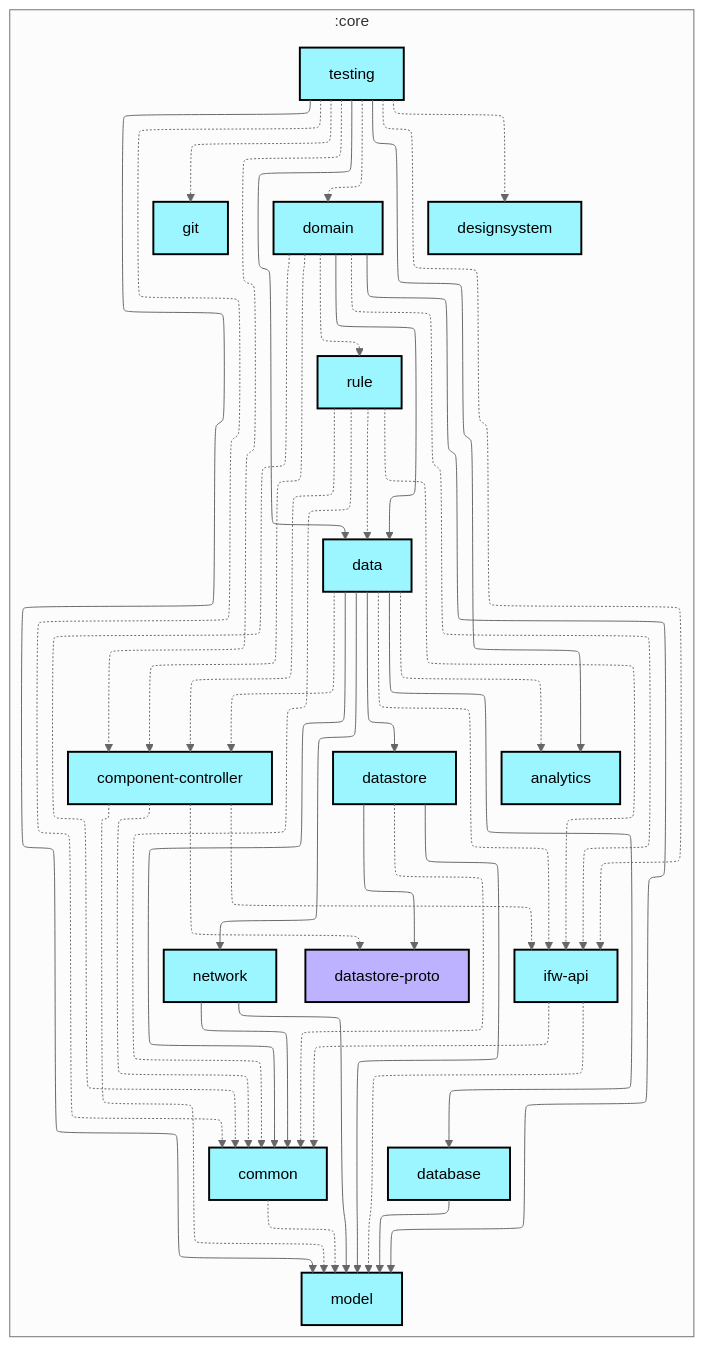
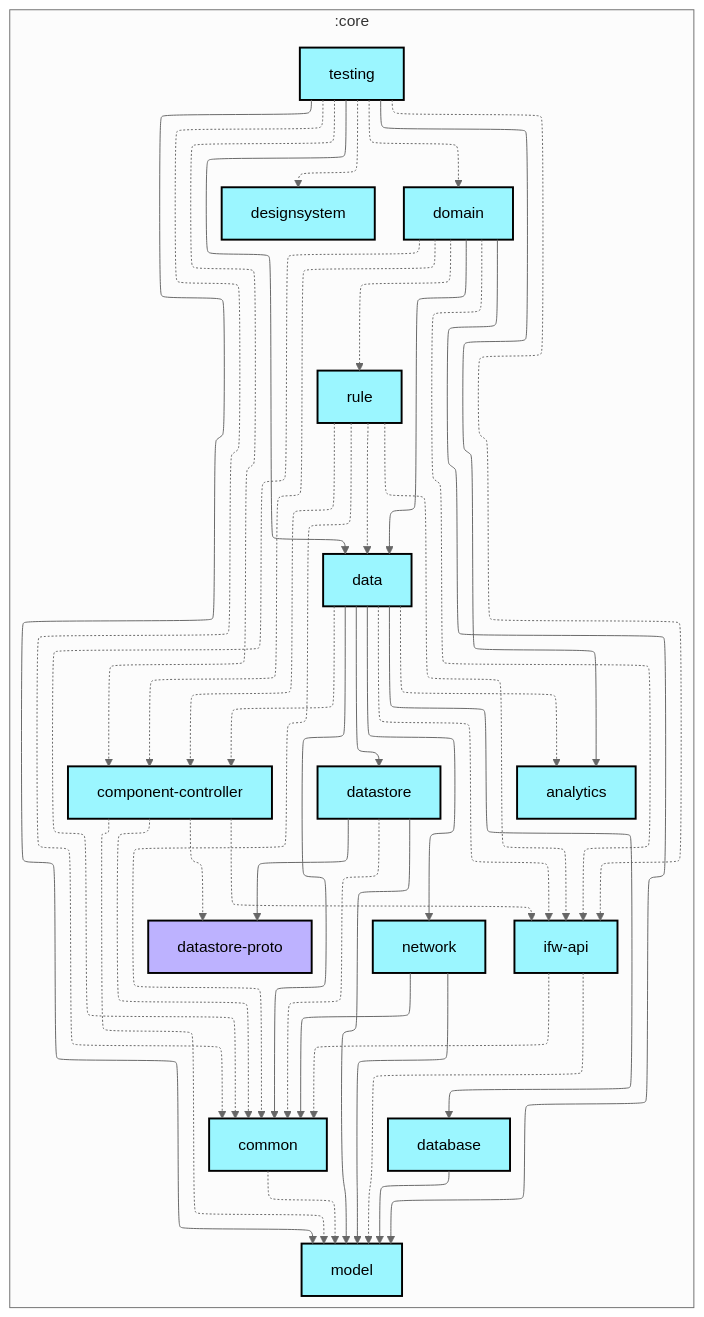
Before and after one commit to lihenggui/blocker: the first of 2 diagrams in core/testing/README.md, drawn with Mermaid (neutral theme). The commit also changed 9 other files, not shown here.

````diff
--- a/core/testing/README.md
+++ b/core/testing/README.md
@@ -6,74 +6,72 @@
 ```mermaid
 ---
 config:
   layout: elk
   elk:
     nodePlacementStrategy: SIMPLE
 ---
 graph TB
   subgraph :core
     direction TB
     :core:analytics[analytics]:::android-library
     :core:common[common]:::android-library
     :core:component-controller[component-controller]:::android-library
     :core:data[data]:::android-library
     :core:database[database]:::android-library
     :core:datastore[datastore]:::android-library
     :core:datastore-proto[datastore-proto]:::jvm-library
     :core:designsystem[designsystem]:::android-library
     :core:domain[domain]:::android-library
-    :core:git[git]:::android-library
     :core:ifw-api[ifw-api]:::android-library
     :core:model[model]:::android-library
     :core:network[network]:::android-library
     :core:rule[rule]:::android-library
     :core:testing[testing]:::android-library
   end
 
   :core:common -.-> :core:model
   :core:component-controller -.-> :core:common
   :core:component-controller -.-> :core:datastore-proto
   :core:component-controller -.-> :core:ifw-api
   :core:component-controller -.-> :core:model
   :core:data -.-> :core:analytics
   :core:data --> :core:common
   :core:data -.-> :core:component-controller
   :core:data --> :core:database
   :core:data --> :core:datastore
   :core:data -.-> :core:ifw-api
   :core:data --> :core:network
   :core:database --> :core:model
   :core:datastore -.-> :core:common
   :core:datastore --> :core:datastore-proto
   :core:datastore --> :core:model
   :core:domain -.-> :core:common
   :core:domain -.-> :core:component-controller
   :core:domain --> :core:data
   :core:domain -.-> :core:ifw-api
   :core:domain --> :core:model
   :core:domain -.-> :core:rule
   :core:ifw-api -.-> :core:common
   :core:ifw-api -.-> :core:model
   :core:network --> :core:common
   :core:network --> :core:model
   :core:rule -.-> :core:common
   :core:rule -.-> :core:component-controller
   :core:rule -.-> :core:data
   :core:rule -.-> :core:ifw-api
   :core:testing --> :core:analytics
   :core:testing -.-> :core:common
   :core:testing -.-> :core:component-controller
   :core:testing --> :core:data
   :core:testing -.-> :core:designsystem
   :core:testing -.-> :core:domain
-  :core:testing -.-> :core:git
   :core:testing -.-> :core:ifw-api
   :core:testing --> :core:model
 
 classDef android-application fill:#CAFFBF,stroke:#000,stroke-width:2px,color:#000;
 classDef android-feature fill:#FFD6A5,stroke:#000,stroke-width:2px,color:#000;
 classDef android-library fill:#9BF6FF,stroke:#000,stroke-width:2px,color:#000;
 classDef android-test fill:#A0C4FF,stroke:#000,stroke-width:2px,color:#000;
 classDef jvm-library fill:#BDB2FF,stroke:#000,stroke-width:2px,color:#000;
 classDef unknown fill:#FFADAD,stroke:#000,stroke-width:2px,color:#000;
 ```
````
